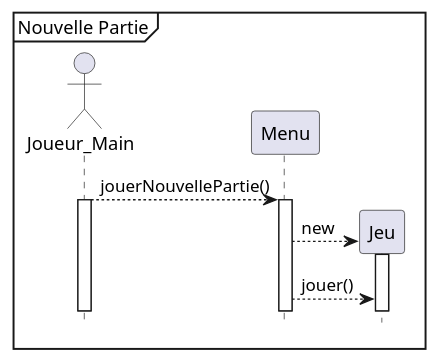
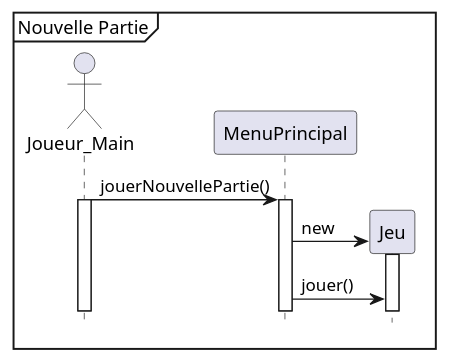
Before and after one commit to Patroklos99/5153_TP2-Battleship-AI-Pattern-Conception_Engineering2: the diagram in diagrammes_conception/diagrammes_sequence/nouvelle_partie.puml, drawn with PlantUML. The commit also changed 3 other files, not shown here.

Commit message:
Modif des diagrammes séquence et cas

```diff
--- a/diagrammes_conception/diagrammes_sequence/nouvelle_partie.puml
+++ b/diagrammes_conception/diagrammes_sequence/nouvelle_partie.puml
@@ -1,18 +1,18 @@
 @startuml sequence_noter_panier
 hide footbox
 mainframe Nouvelle Partie
 
 actor Joueur_Main as joueur
-participant Menu
+participant MenuPrincipal
 
-joueur --> Menu : jouerNouvellePartie()
-activate Menu
+joueur -> MenuPrincipal : jouerNouvellePartie()
+activate MenuPrincipal
 activate joueur
 
 create Jeu
-Menu --> Jeu : new
+MenuPrincipal -> Jeu : new
 activate Jeu
 
-Menu --> Jeu : jouer()
+MenuPrincipal -> Jeu : jouer()
 
 @enduml
```
